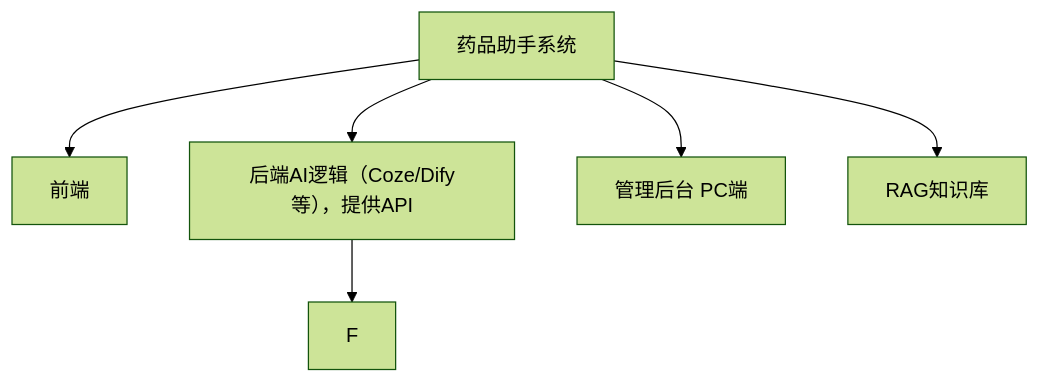
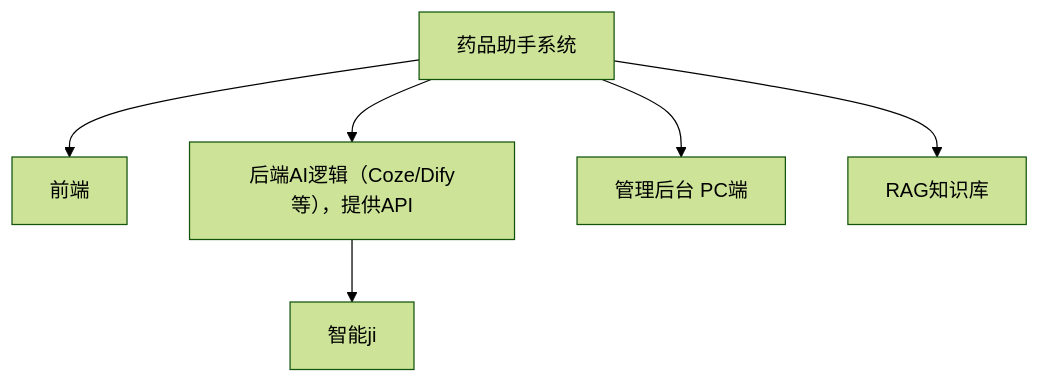
The diagram in all/未命名.md (funnyData/iodraw-files), drawn with Mermaid (forest theme) before and after one commit.

Commit message:
2025-02-21 14:08:21 update

````diff
--- a/all/未命名.md
+++ b/all/未命名.md
@@ -1,8 +1,8 @@
 ```mermaid
 graph TD
     A[药品助手系统] --> B[前端]
     A --> C[后端AI逻辑（Coze/Dify等），提供API]
-    C --> F
+    C --> F[智能ji]
     A --> D[管理后台 PC端]
     A --> E[RAG知识库]
 ```
````
